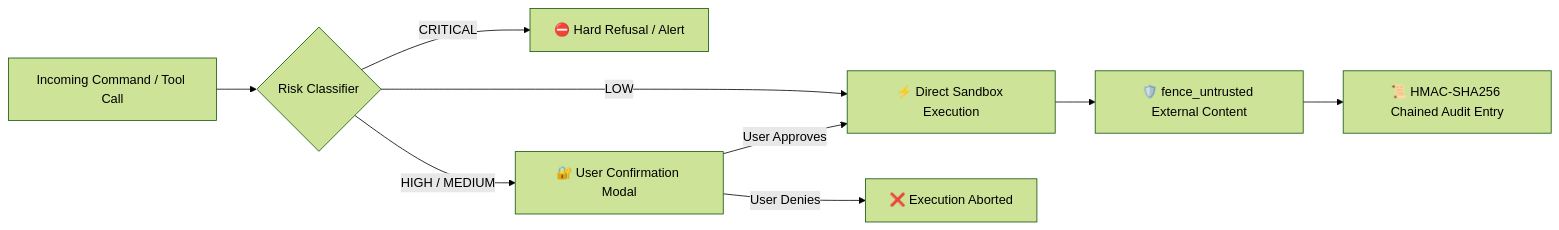
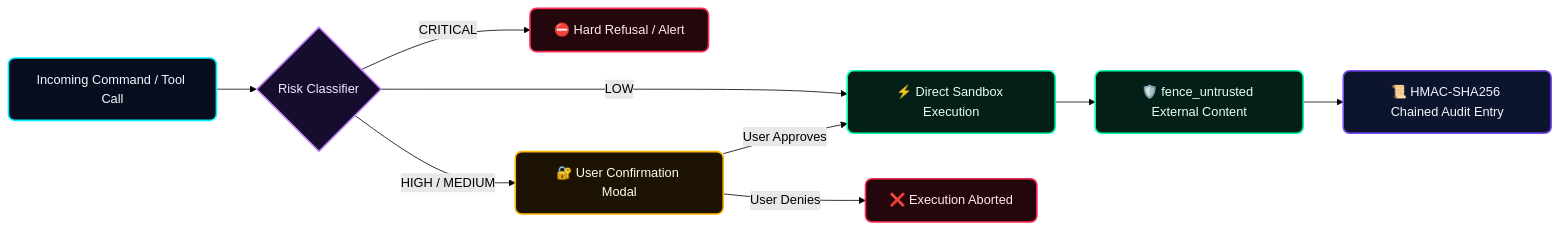
The fifth of 5 diagrams in README.md (Abhay73888/jarvis), drawn with Mermaid (forest theme) before and after one commit. The commit also changed other lines of this file, not shown here.

Commit message:
style: apply professional cyberpunk and executive color palette to README diagrams and badges

````diff
--- a/README.md
+++ b/README.md
@@ -328,11 +378,18 @@
 ```mermaid
 flowchart LR
-    CMD[Incoming Command / Tool Call] --> Classifier{Risk Classifier}
-    Classifier -->|CRITICAL| Block[⛔ Hard Refusal / Alert]
-    Classifier -->|HIGH / MEDIUM| Gate[🔐 User Confirmation Modal]
-    Classifier -->|LOW| Exec[⚡ Direct Sandbox Execution]
+    classDef cmdNode fill:#070d1d,stroke:#00f0ff,stroke-width:2px,color:#f0f8ff,rx:8px,ry:8px;
+    classDef classNode fill:#160d2e,stroke:#c084fc,stroke-width:2px,color:#f3e8ff;
+    classDef blockNode fill:#24060d,stroke:#ff2a55,stroke-width:2px,color:#ffebee,rx:8px,ry:8px;
+    classDef gateNode fill:#1c1303,stroke:#ffb700,stroke-width:2px,color:#fffbeb,rx:8px,ry:8px;
+    classDef execNode fill:#041f17,stroke:#00ffa3,stroke-width:2px,color:#e6fff5,rx:8px,ry:8px;
+    classDef logNode fill:#0c152d,stroke:#7c4dff,stroke-width:2px,color:#f0f8ff,rx:8px,ry:8px;
+
+    CMD[Incoming Command / Tool Call]:::cmdNode --> Classifier{Risk Classifier}:::classNode
+    Classifier -->|CRITICAL| Block[⛔ Hard Refusal / Alert]:::blockNode
+    Classifier -->|HIGH / MEDIUM| Gate[🔐 User Confirmation Modal]:::gateNode
+    Classifier -->|LOW| Exec[⚡ Direct Sandbox Execution]:::execNode
     Gate -->|User Approves| Exec
-    Gate -->|User Denies| Abort[❌ Execution Aborted]
-    Exec --> Fence[🛡️ fence_untrusted External Content]
-    Fence --> Ledger[📜 HMAC-SHA256 Chained Audit Entry]
+    Gate -->|User Denies| Abort[❌ Execution Aborted]:::blockNode
+    Exec --> Fence[🛡️ fence_untrusted External Content]:::execNode
+    Fence --> Ledger[📜 HMAC-SHA256 Chained Audit Entry]:::logNode
 ```
````
